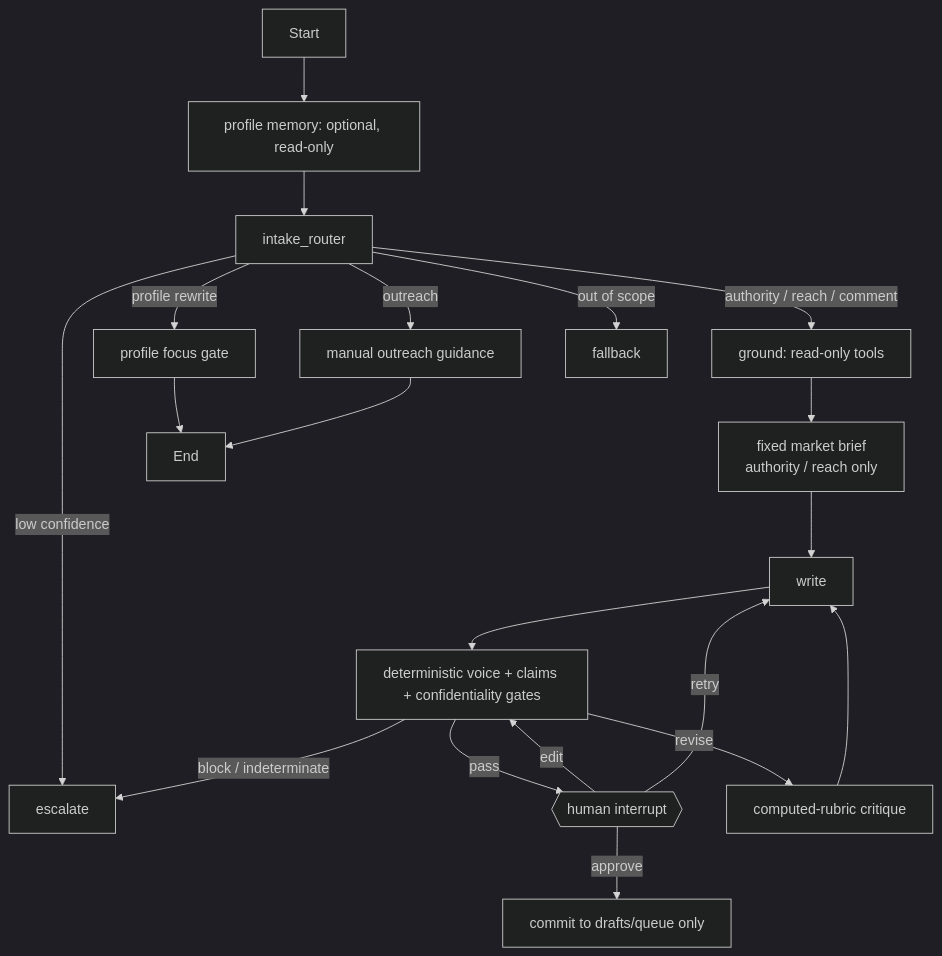
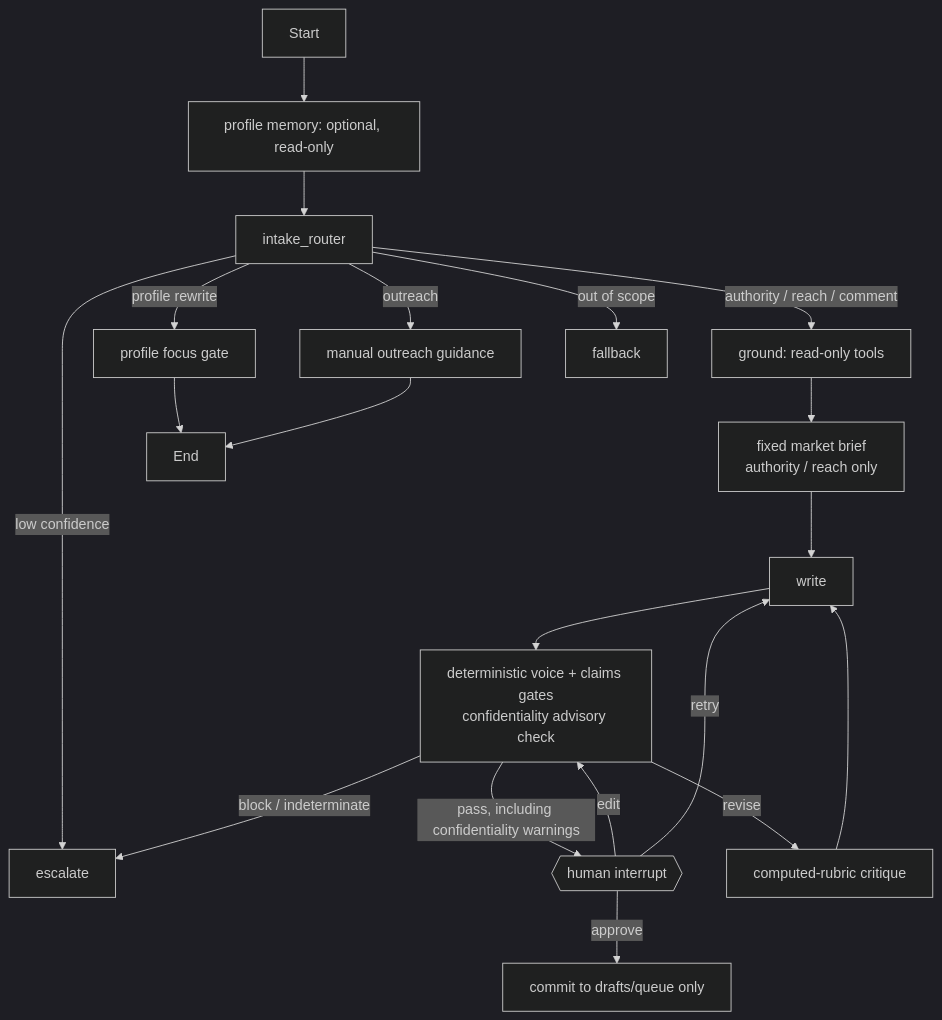
The diagram in docs/architecture.md (aiushe/linkedin-content-os), drawn with Mermaid (dark theme) before and after one commit. The commit also changed other lines of this file and 10 other files, not shown here.

````diff
--- a/docs/architecture.md
+++ b/docs/architecture.md
@@ -13,22 +14,22 @@
 ```mermaid
 flowchart TD
     Start --> Memory[profile memory: optional, read-only]
     Memory --> Router[intake_router]
     Router -->|authority / reach / comment| Ground[ground: read-only tools]
     Router -->|profile rewrite| Profile[profile focus gate]
     Router -->|outreach| Outreach[manual outreach guidance]
     Router -->|low confidence| Escalate[escalate]
     Router -->|out of scope| Fallback[fallback]
     Ground --> Intel[fixed market brief\nauthority / reach only]
     Intel --> Write[write]
-    Write --> Gate[deterministic voice + claims + confidentiality gates]
-    Gate -->|pass| HITL{{human interrupt}}
+    Write --> Gate[deterministic voice + claims gates\nconfidentiality advisory check]
+    Gate -->|pass, including confidentiality warnings| HITL{{human interrupt}}
     Gate -->|revise| Critique[computed-rubric critique]
     Gate -->|block / indeterminate| Escalate
     Critique --> Write
     HITL -->|approve| Commit[commit to drafts/queue only]
     HITL -->|edit| Gate
     HITL -->|retry| Write
     Profile --> End
     Outreach --> End
 ```
````
